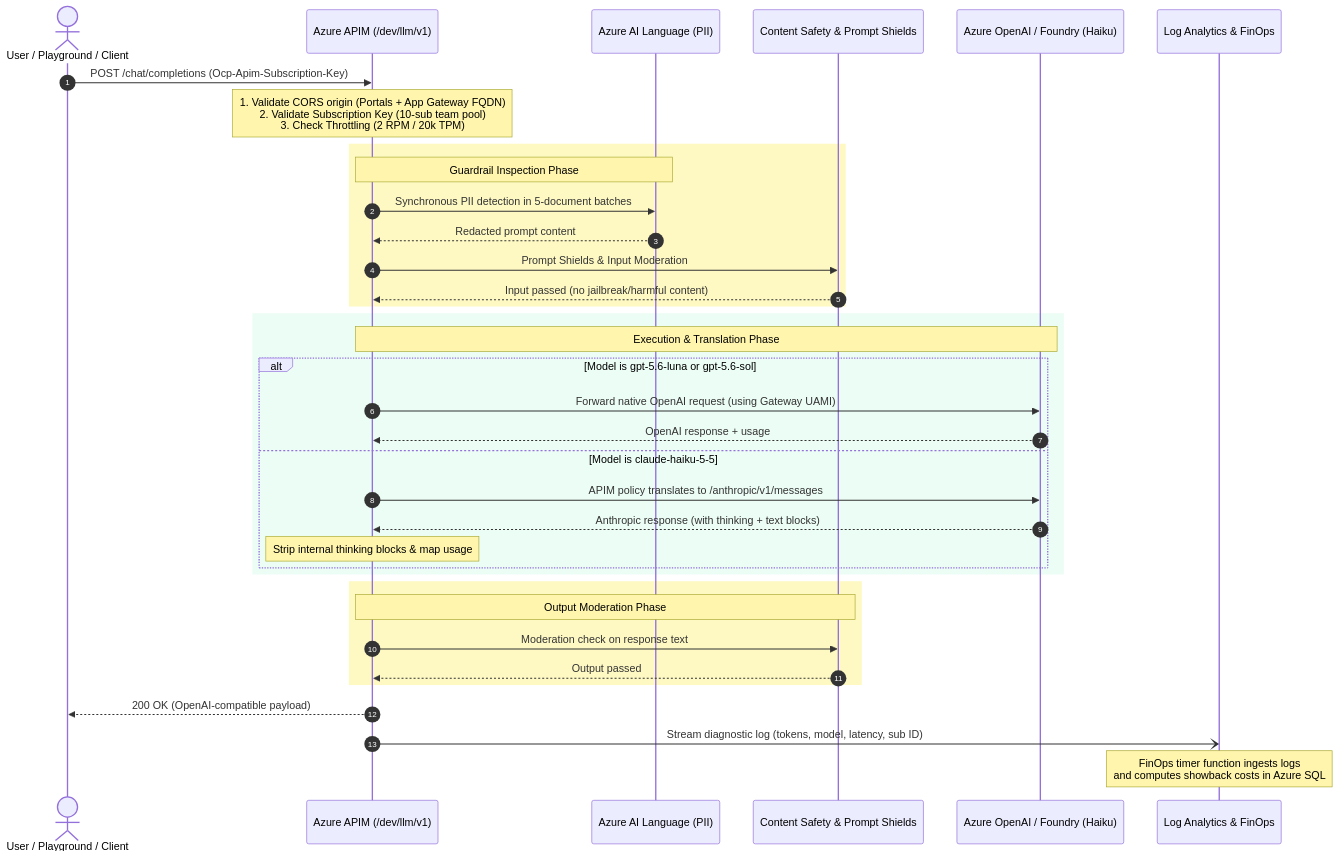
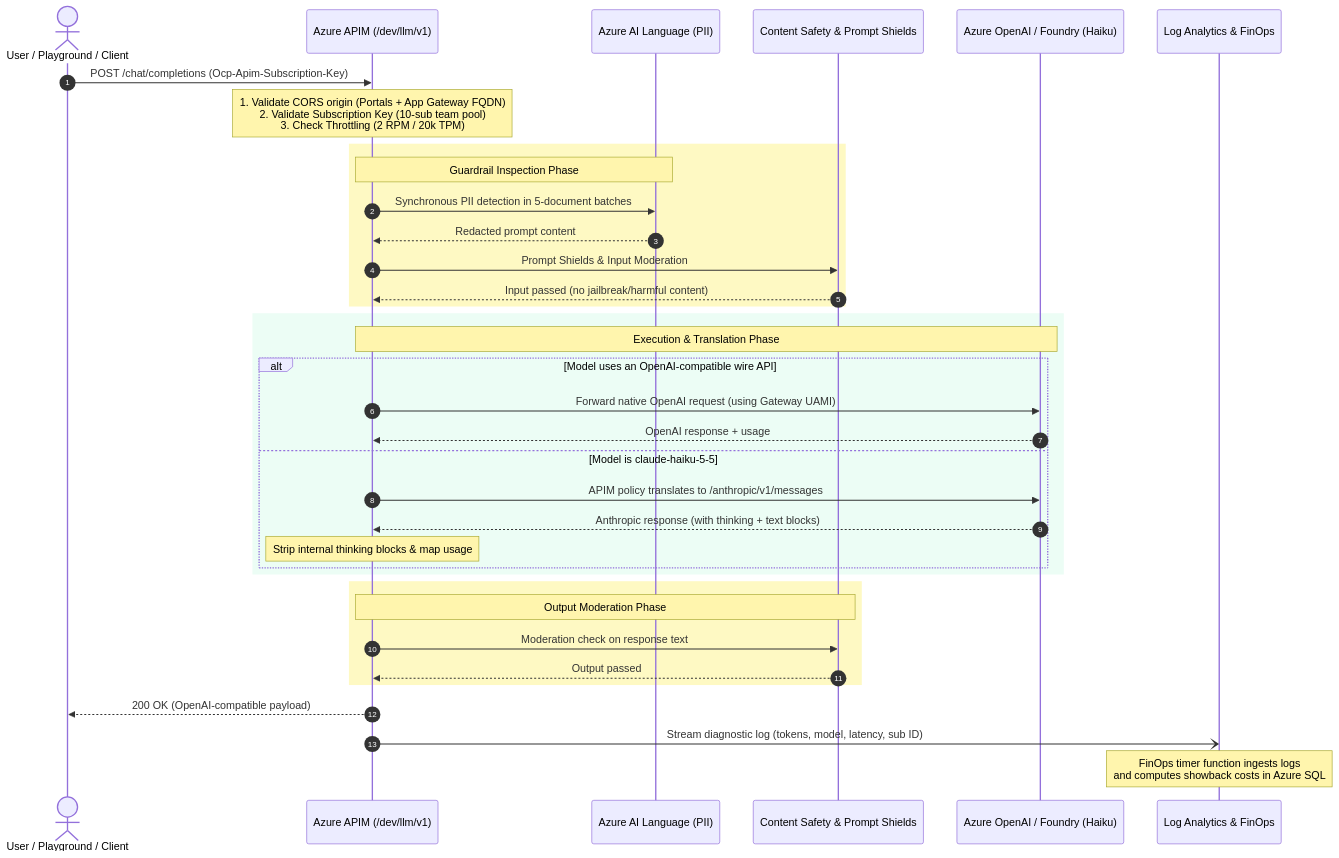
Before and after one commit to Minhbui7/ai-flux-gateway-public: the second of 2 diagrams in README.md, drawn with Mermaid. The commit also changed other lines of this file and 38 other files, not shown here.

````diff
--- a/README.md
+++ b/README.md
@@ -163,43 +164,43 @@
 ```mermaid
 sequenceDiagram
     autonumber
     actor Client as User / Playground / Client
     participant GW as Azure APIM (/dev/llm/v1)
     participant PII as Azure AI Language (PII)
     participant Safety as Content Safety & Prompt Shields
     participant Model as Azure OpenAI / Foundry (Haiku)
     participant Logs as Log Analytics & FinOps
 
     Client->>GW: POST /chat/completions (Ocp-Apim-Subscription-Key)
     Note over GW: 1. Validate CORS origin (Portals + App Gateway FQDN)<br/>2. Validate Subscription Key (10-sub team pool)<br/>3. Check Throttling (2 RPM / 20k TPM)
     
     rect rgb(254, 249, 195)
         Note over GW,PII: Guardrail Inspection Phase
         GW->>PII: Synchronous PII detection in 5-document batches
         PII-->>GW: Redacted prompt content
         GW->>Safety: Prompt Shields & Input Moderation
         Safety-->>GW: Input passed (no jailbreak/harmful content)
     end
 
     rect rgb(236, 253, 245)
         Note over GW,Model: Execution & Translation Phase
-        alt Model is gpt-5.6-luna or gpt-5.6-sol
+        alt Model uses an OpenAI-compatible wire API
             GW->>Model: Forward native OpenAI request (using Gateway UAMI)
             Model-->>GW: OpenAI response + usage
         else Model is claude-haiku-5-5
             GW->>Model: APIM policy translates to /anthropic/v1/messages
             Model-->>GW: Anthropic response (with thinking + text blocks)
             Note over GW: Strip internal thinking blocks & map usage
         end
     end
 
     rect rgb(254, 249, 195)
         Note over GW,Safety: Output Moderation Phase
         GW->>Safety: Moderation check on response text
         Safety-->>GW: Output passed
     end
 
     GW-->>Client: 200 OK (OpenAI-compatible payload)
     GW-)Logs: Stream diagnostic log (tokens, model, latency, sub ID)
     Note over Logs: FinOps timer function ingests logs<br/>and computes showback costs in Azure SQL
 ```
````
